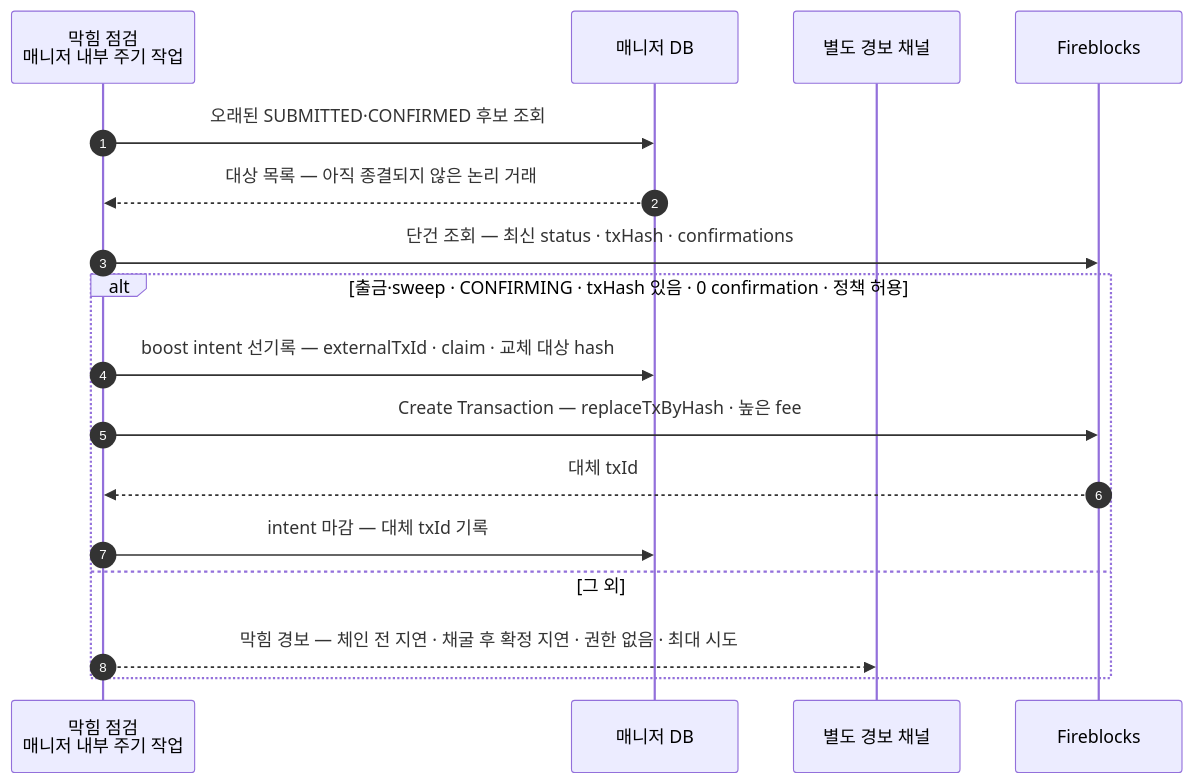
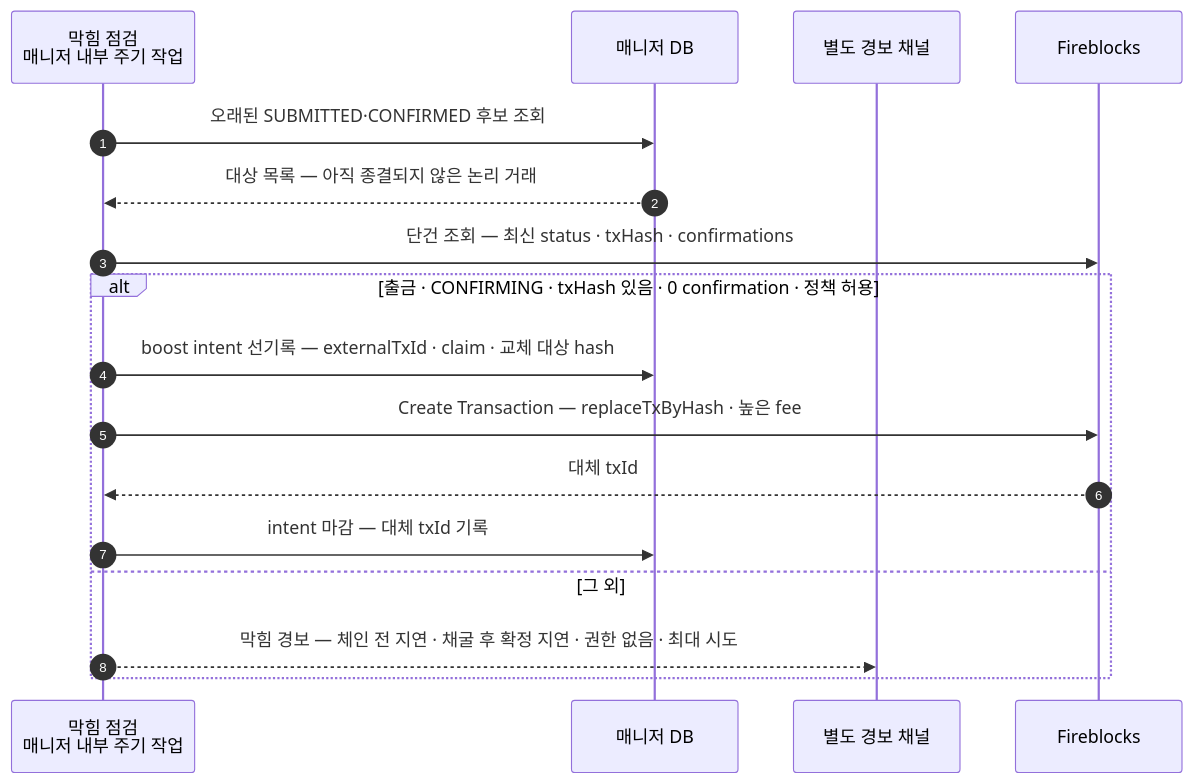
One commit to eunsujeo/fireblocks-test changed the sixth of 6 diagrams in docs/design/02-bcm-flow.md. Above: the diagram before and after it, drawn with Mermaid. The commit also changed other lines of this file, not shown here.

Commit message:
최신 sweep RBF 설계를 사본에 동기화한다

````diff
--- a/docs/design/02-bcm-flow.md
+++ b/docs/design/02-bcm-flow.md
@@ -413,21 +414,21 @@
 ```mermaid
 sequenceDiagram
     autonumber
     participant SW as 막힘 점검<br/>매니저 내부 주기 작업
     participant MDB as 매니저 DB
     participant AL as 별도 경보 채널
 
     participant FB as Fireblocks
 
     SW->>MDB: 오래된 SUBMITTED·CONFIRMED 후보 조회
     MDB-->>SW: 대상 목록 — 아직 종결되지 않은 논리 거래
     SW->>FB: 단건 조회 — 최신 status · txHash · confirmations
-    alt 출금·sweep · CONFIRMING · txHash 있음 · 0 confirmation · 정책 허용
+    alt 출금 · CONFIRMING · txHash 있음 · 0 confirmation · 정책 허용
         SW->>MDB: boost intent 선기록 — externalTxId · claim · 교체 대상 hash
         SW->>FB: Create Transaction — replaceTxByHash · 높은 fee
         FB-->>SW: 대체 txId
         SW->>MDB: intent 마감 — 대체 txId 기록
     else 그 외
         SW-->>AL: 막힘 경보 — 체인 전 지연 · 채굴 후 확정 지연 · 권한 없음 · 최대 시도
     end
 ```
````
